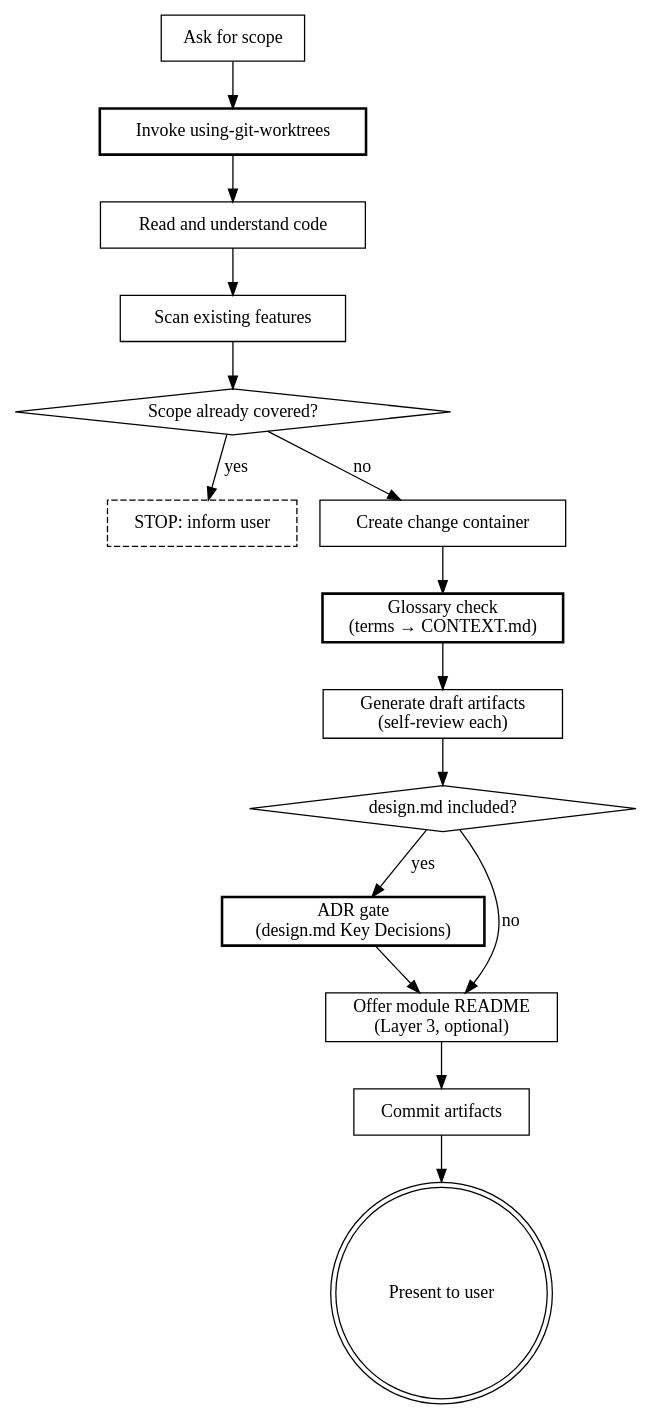
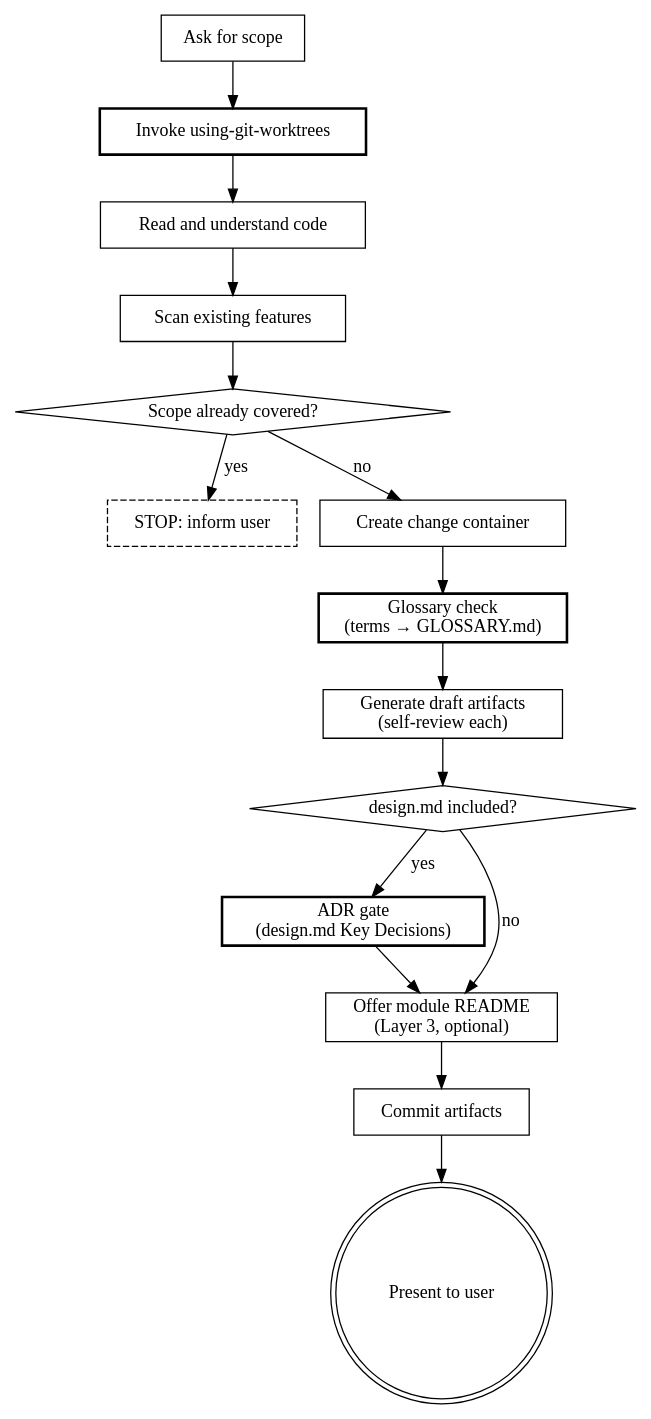
Before and after one commit to kirkchen/beat: the diagram in skills/distill/SKILL.md, drawn with Graphviz. The commit also changed other lines of this file and 35 other files, not shown here.

````diff
--- a/skills/distill/SKILL.md
+++ b/skills/distill/SKILL.md
@@ -92,33 +93,33 @@
 ```dot
 digraph distill {
     "Ask for scope" [shape=box];
     "Invoke using-git-worktrees" [shape=box, style=bold];
     "Read and understand code" [shape=box];
     "Scan existing features" [shape=box];
     "Scope already covered?" [shape=diamond];
     "STOP: inform user" [shape=box, style=dashed];
     "Create change container" [shape=box];
-    "Glossary check\n(terms → CONTEXT.md)" [shape=box, style=bold];
+    "Glossary check\n(terms → GLOSSARY.md)" [shape=box, style=bold];
     "Generate draft artifacts\n(self-review each)" [shape=box];
     "design.md included?" [shape=diamond];
     "ADR gate\n(design.md Key Decisions)" [shape=box, style=bold];
     "Offer module README\n(Layer 3, optional)" [shape=box];
     "Commit artifacts" [shape=box];
     "Present to user" [shape=doublecircle];
 
     "Ask for scope" -> "Invoke using-git-worktrees";
     "Invoke using-git-worktrees" -> "Read and understand code";
     "Read and understand code" -> "Scan existing features";
     "Scan existing features" -> "Scope already covered?";
     "Scope already covered?" -> "STOP: inform user" [label="yes"];
     "Scope already covered?" -> "Create change container" [label="no"];
-    "Create change container" -> "Glossary check\n(terms → CONTEXT.md)";
-    "Glossary check\n(terms → CONTEXT.md)" -> "Generate draft artifacts\n(self-review each)";
+    "Create change container" -> "Glossary check\n(terms → GLOSSARY.md)";
+    "Glossary check\n(terms → GLOSSARY.md)" -> "Generate draft artifacts\n(self-review each)";
     "Generate draft artifacts\n(self-review each)" -> "design.md included?";
     "design.md included?" -> "ADR gate\n(design.md Key Decisions)" [label="yes"];
     "design.md included?" -> "Offer module README\n(Layer 3, optional)" [label="no"];
     "ADR gate\n(design.md Key Decisions)" -> "Offer module README\n(Layer 3, optional)";
     "Offer module README\n(Layer 3, optional)" -> "Commit artifacts";
     "Commit artifacts" -> "Present to user";
 }
 ```
````
